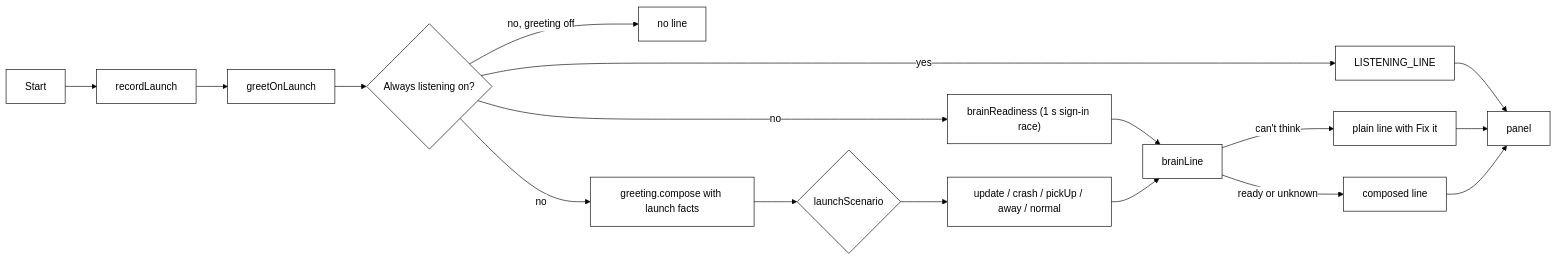
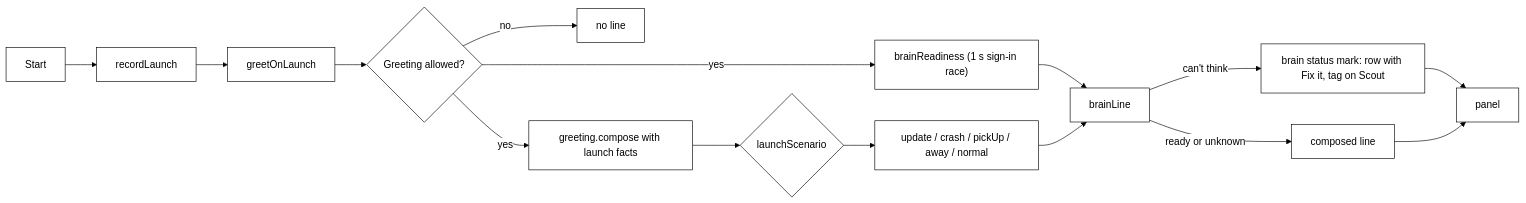
Diagram 13 of 18 in docs/architecture.md (nadeem4/tagalong), drawn with Mermaid before and after one commit. The commit also changed other lines of this file and 5 other files, not shown here.

````diff
--- a/docs/architecture.md
+++ b/docs/architecture.md
@@ -2021,20 +2021,18 @@
 ```mermaid
 %%{init: {"theme": "base", "themeVariables": {"primaryColor": "#ffffff", "primaryTextColor": "#000000", "primaryBorderColor": "#000000", "lineColor": "#000000", "secondaryColor": "#ffffff", "tertiaryColor": "#ffffff", "background": "#ffffff", "clusterBkg": "#ffffff", "clusterBorder": "#000000"}}}%%
 flowchart LR
   S["Start"] --> R["recordLaunch"]
   R --> G["greetOnLaunch"]
-  G --> L{"Always listening on?"}
-  L -- "yes" --> LL["LISTENING_LINE"]
-  L -- "no, greeting off" --> NL["no line"]
-  L -- "no" --> P1["brainReadiness (1 s sign-in race)"]
-  L -- "no" --> P2["greeting.compose with launch facts"]
+  G --> L{"Greeting allowed?"}
+  L -- "no" --> NL["no line"]
+  L -- "yes" --> P1["brainReadiness (1 s sign-in race)"]
+  L -- "yes" --> P2["greeting.compose with launch facts"]
   P2 --> SC{"launchScenario"}
   SC --> C1["update / crash / pickUp / away / normal"]
   P1 --> BL["brainLine"]
   C1 --> BL
-  BL -- "can't think" --> FX["plain line with Fix it"]
+  BL -- "can't think" --> FX["brain status mark: row with Fix it, tag on Scout"]
   BL -- "ready or unknown" --> CL["composed line"]
-  LL --> PN["panel"]
-  FX --> PN
+  FX --> PN["panel"]
   CL --> PN
 ```
````
